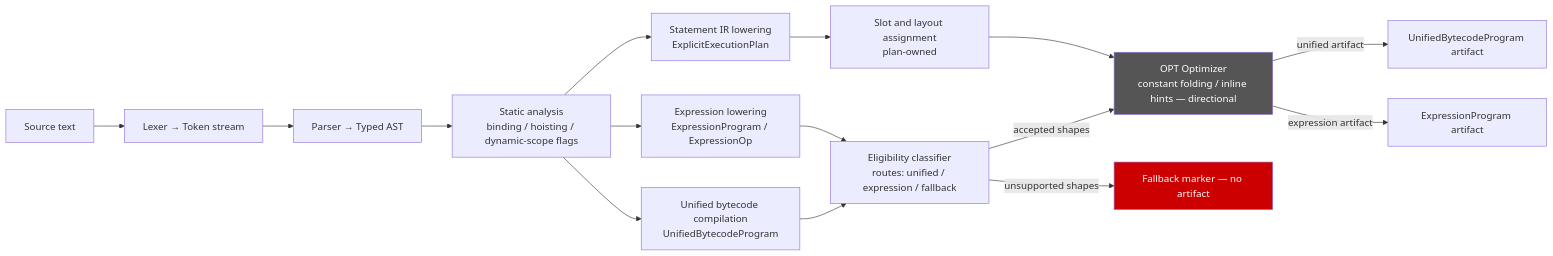
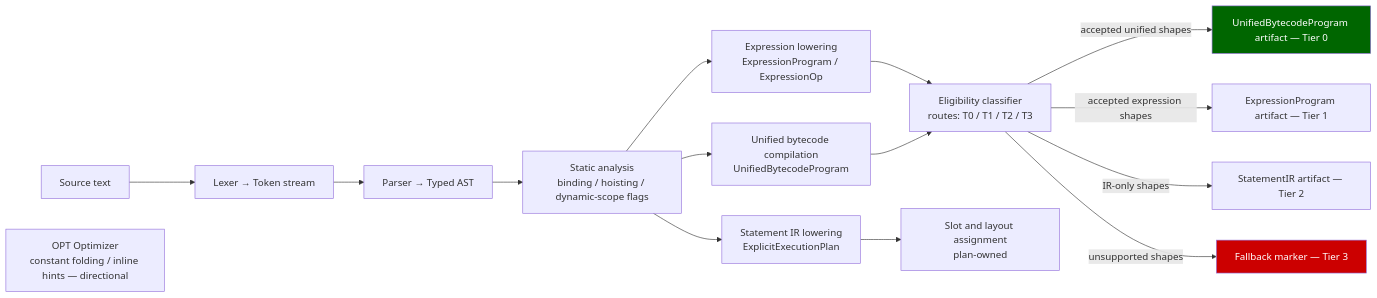
Before and after one commit to asynkron/Asynkron.JsEngine: the third of 20 diagrams in docs/dreaming.md, drawn with Mermaid. The commit also changed other lines of this file, not shown here.

First line of the commit message:
docs: improve Asynkron.JsEngine dreaming.md with 4-tier execution model

````diff
--- a/docs/dreaming.md
+++ b/docs/dreaming.md
@@ -107,30 +150,29 @@
 ```mermaid
 flowchart LR
     SRC[Source text]
     LEX[Lexer → Token stream]
     PAR[Parser → Typed AST]
     ANA[Static analysis\nbinding / hoisting / dynamic-scope flags]
     SIR[Statement IR lowering\nExplicitExecutionPlan]
     ELW[Expression lowering\nExpressionProgram / ExpressionOp]
     UBC[Unified bytecode compilation\nUnifiedBytecodeProgram]
-    ELC[Eligibility classifier\nroutes: unified / expression / fallback]
+    ELC[Eligibility classifier\nroutes: T0 / T1 / T2 / T3]
     SLT[Slot and layout assignment\nplan-owned]
     OPT[OPT Optimizer\nconstant folding / inline hints — directional]
 
     SRC --> LEX --> PAR --> ANA
     ANA --> SIR
     ANA --> ELW
     ANA --> UBC
     SIR --> SLT
     ELW --> ELC
     UBC --> ELC
 
-    SLT --> OPT
-    ELC -->|accepted shapes| OPT
-    OPT -->|unified artifact| UBP[UnifiedBytecodeProgram artifact]
-    OPT -->|expression artifact| EXP[ExpressionProgram artifact]
-    ELC -->|unsupported shapes| FBK[Fallback marker — no artifact]
+    ELC -->|accepted unified shapes| UBP[UnifiedBytecodeProgram artifact — Tier 0]
+    ELC -->|accepted expression shapes| EXP[ExpressionProgram artifact — Tier 1]
+    ELC -->|IR-only shapes| SIP[StatementIR artifact — Tier 2]
+    ELC -->|unsupported shapes| FBK[Fallback marker — Tier 3]
 
     style FBK fill:#c00,color:#fff
-    style OPT fill:#555,color:#fff
+    style UBP fill:#060,color:#fff
 ```
````
